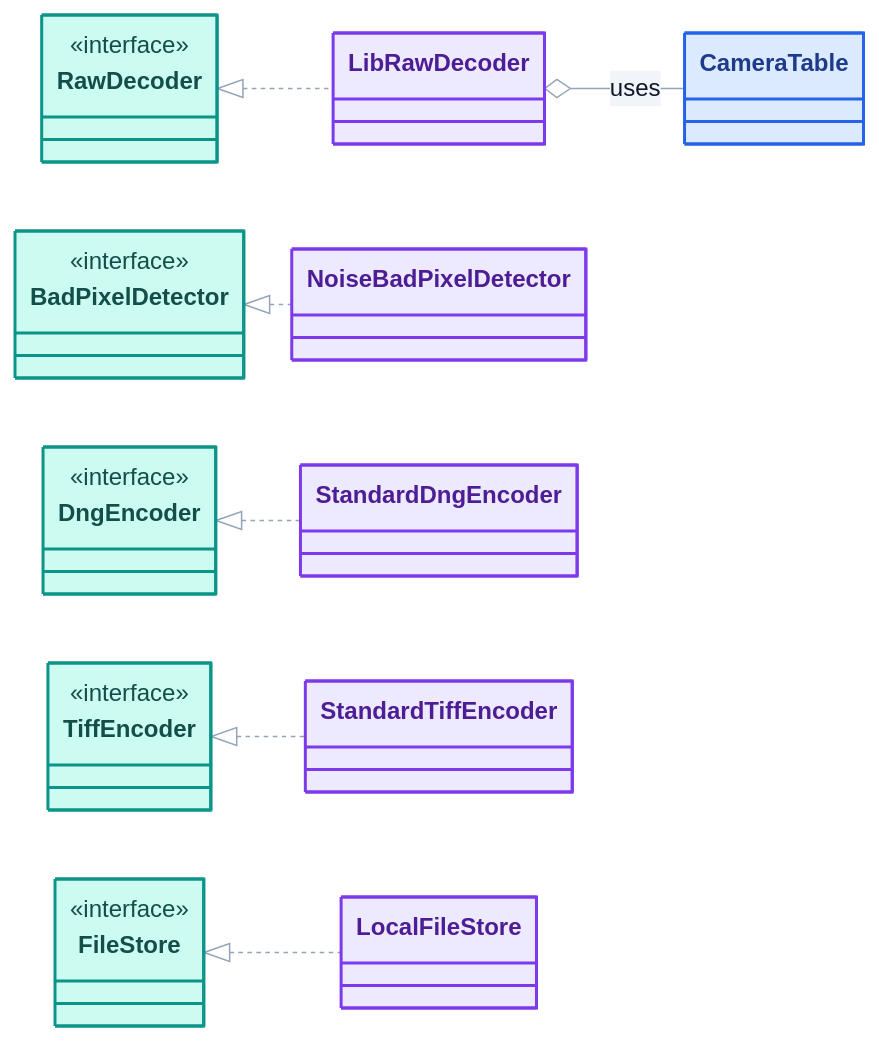
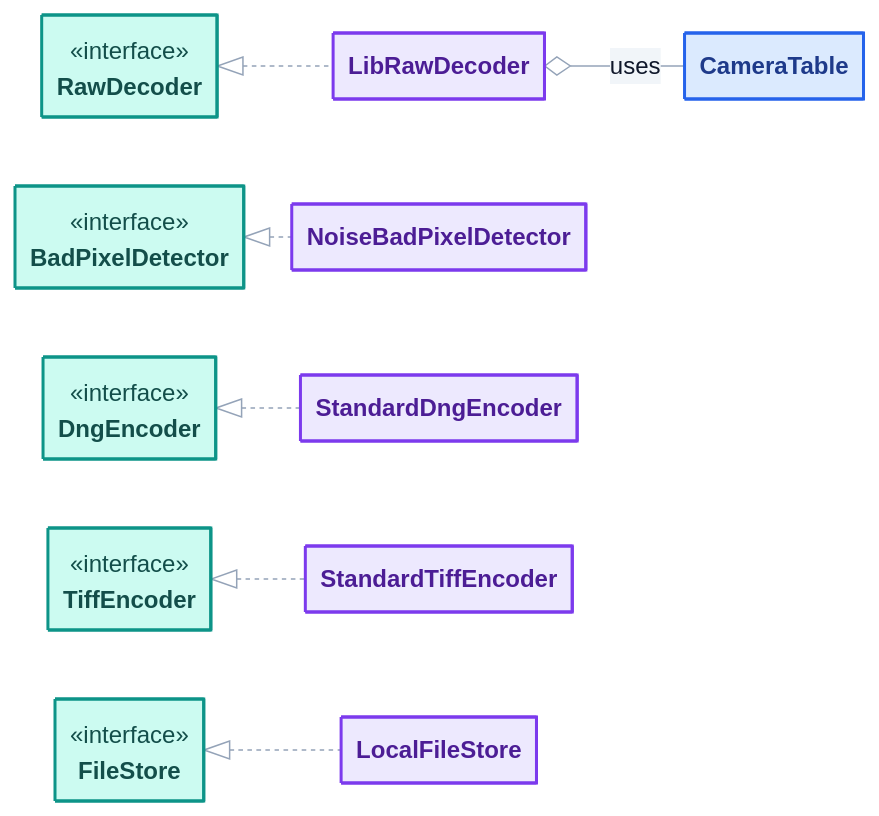
Before and after one commit to kineticsystem/raw-converter: the diagram in docs/diagrams/implementations.mmd, drawn with Mermaid. The commit also changed 8 other files, not shown here.

First line of the commit message:
Class diagrams without empty compartments

```diff
--- a/docs/diagrams/implementations.mmd
+++ b/docs/diagrams/implementations.mmd
@@ -1,72 +1,73 @@
 ---
 config:
   theme: base
   fontFamily: "Arial, Helvetica, sans-serif"
   flowchart:
     curve: basis
     padding: 12
     nodeSpacing: 46
     rankSpacing: 32
     subGraphTitleMargin:
       top: 4
       bottom: 10
   class:
     padding: 10
+    hideEmptyMembersBox: true
   themeVariables:
     lineColor: "#94a3b8"
     textColor: "#64748b"
     primaryColor: "#f1f5f9"
     primaryBorderColor: "#64748b"
     primaryTextColor: "#0f172a"
     secondaryColor: "#f1f5f9"
     secondaryBorderColor: "#64748b"
     secondaryTextColor: "#0f172a"
     tertiaryColor: "#f1f5f9"
     tertiaryBorderColor: "#64748b"
     tertiaryTextColor: "#0f172a"
     mainBkg: "#f1f5f9"
     nodeBorder: "#64748b"
     nodeTextColor: "#0f172a"
     classText: "#0f172a"
     clusterBkg: "transparent"
     clusterBorder: "#94a3b8"
     titleColor: "#64748b"
     edgeLabelBackground: "#ffffff"
   themeCSS: >
     svg, .label, .nodeLabel, .edgeLabel, foreignObject div { font-family: Arial, Helvetica, sans-serif; }
     .node rect, .node polygon, .node path {
       filter: drop-shadow(0 3px 6px rgba(15, 23, 42, 0.18));
     }
     .node rect { rx: 14px; ry: 14px; }
     .cluster rect { rx: 18px; ry: 18px; }
     .edgeLabel, .edgeLabel p, .edgeLabel span {
       background: #ffffff; color: #475569; border-radius: 999px;
     }
     .edgeLabel p { padding: 3px 10px; }
     .labelBkg { background: transparent !important; fill: none !important; }
 ---
 classDiagram
     direction LR
     RawDecoder <|.. LibRawDecoder
     BadPixelDetector <|.. NoiseBadPixelDetector
     DngEncoder <|.. StandardDngEncoder
     TiffEncoder <|.. StandardTiffEncoder
     FileStore <|.. LocalFileStore
     LibRawDecoder o-- CameraTable : uses
     <<interface>> RawDecoder
     <<interface>> BadPixelDetector
     <<interface>> DngEncoder
     <<interface>> TiffEncoder
     <<interface>> FileStore
 
     style RawDecoder fill:#ccfbf1,stroke:#0d9488,stroke-width:2px,color:#134e4a
     style BadPixelDetector fill:#ccfbf1,stroke:#0d9488,stroke-width:2px,color:#134e4a
     style DngEncoder fill:#ccfbf1,stroke:#0d9488,stroke-width:2px,color:#134e4a
     style TiffEncoder fill:#ccfbf1,stroke:#0d9488,stroke-width:2px,color:#134e4a
     style FileStore fill:#ccfbf1,stroke:#0d9488,stroke-width:2px,color:#134e4a
     style LibRawDecoder fill:#ede9fe,stroke:#7c3aed,stroke-width:2px,color:#4c1d95
     style NoiseBadPixelDetector fill:#ede9fe,stroke:#7c3aed,stroke-width:2px,color:#4c1d95
     style StandardDngEncoder fill:#ede9fe,stroke:#7c3aed,stroke-width:2px,color:#4c1d95
     style StandardTiffEncoder fill:#ede9fe,stroke:#7c3aed,stroke-width:2px,color:#4c1d95
     style LocalFileStore fill:#ede9fe,stroke:#7c3aed,stroke-width:2px,color:#4c1d95
     style CameraTable fill:#dbeafe,stroke:#2563eb,stroke-width:2px,color:#1e3a8a
```
